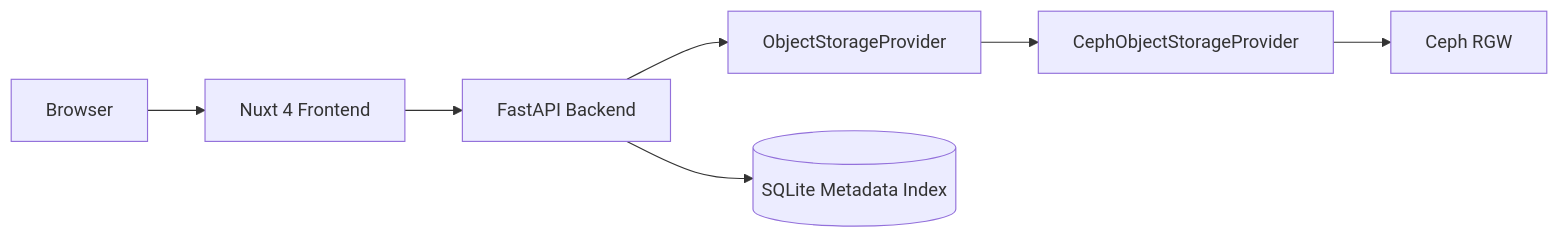
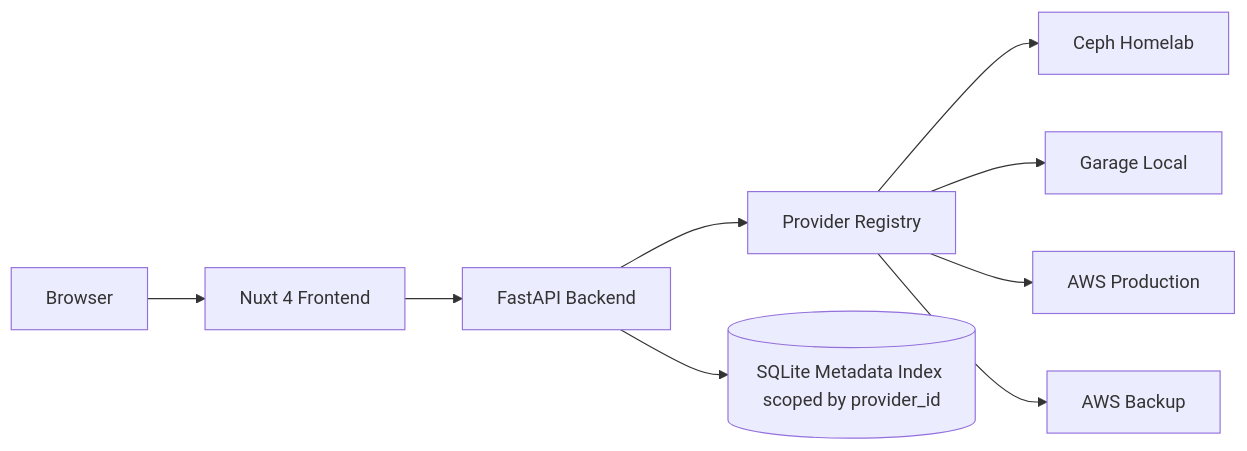
The first of 11 diagrams in docs/architecture.md (kubehive-io/objectlens), drawn with Mermaid before and after one commit. The commit also changed other lines of this file and 42 other files, not shown here.

````diff
--- a/docs/architecture.md
+++ b/docs/architecture.md
@@ -5,9 +5,11 @@
 ```mermaid
 flowchart LR
   Browser[Browser] --> Frontend[Nuxt 4 Frontend]
   Frontend --> Backend[FastAPI Backend]
-  Backend --> Provider[ObjectStorageProvider]
-  Provider --> Ceph[CephObjectStorageProvider]
-  Ceph --> RGW[Ceph RGW]
-  Backend --> SQLite[(SQLite Metadata Index)]
+  Backend --> Registry[Provider Registry]
+  Registry --> Ceph[Ceph Homelab]
+  Registry --> Garage[Garage Local]
+  Registry --> AWS1[AWS Production]
+  Registry --> AWS2[AWS Backup]
+  Backend --> SQLite[(SQLite Metadata Index scoped by provider_id)]
 ```
````
